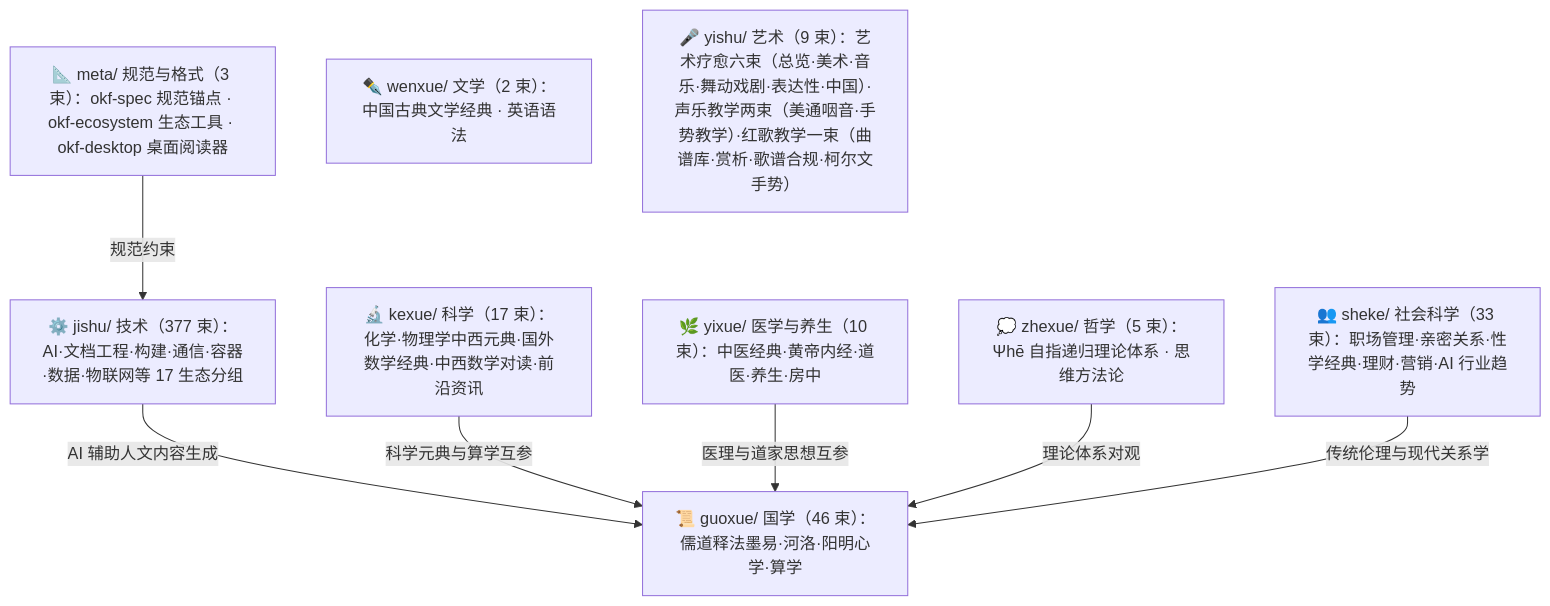
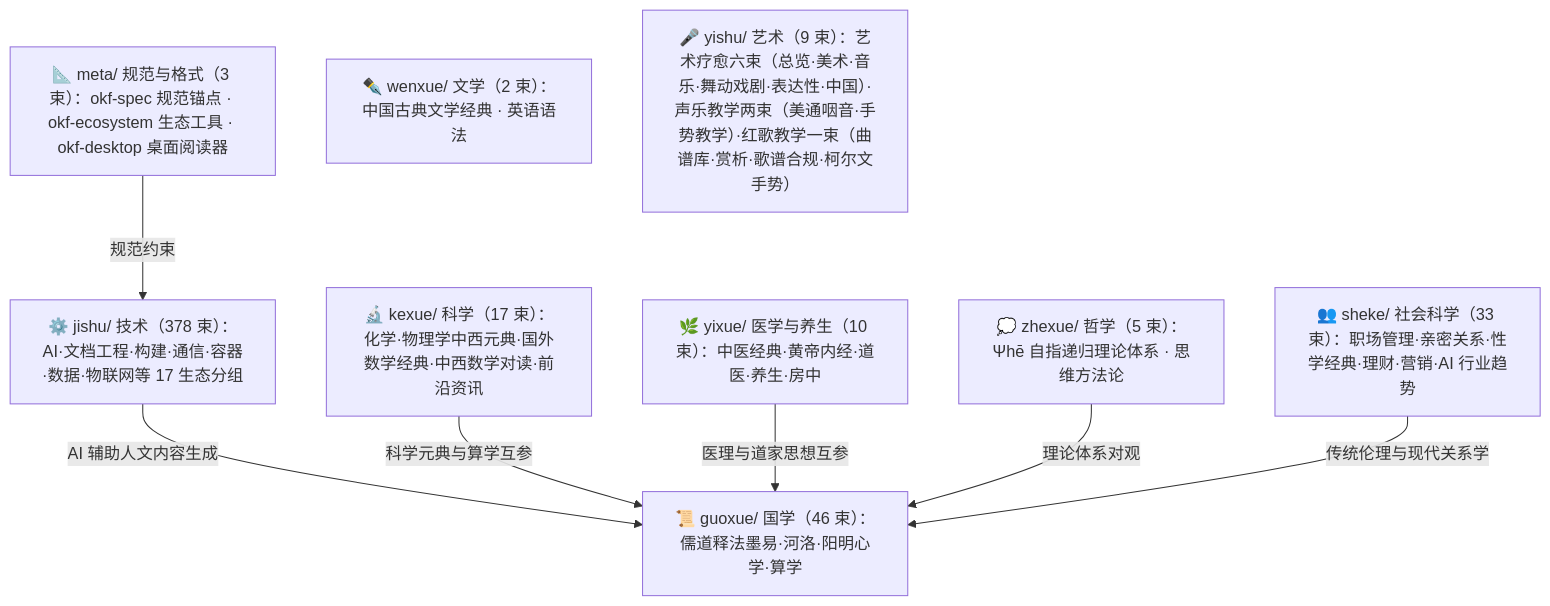
One commit to awesome-flexloop/awesome-okf changed the diagram in doc/bundles/index.md. Above: the diagram before and after it, drawn with Mermaid. The commit also changed other lines of this file and 18 other files, not shown here.

````diff
--- a/doc/bundles/index.md
+++ b/doc/bundles/index.md
@@ -21,18 +21,18 @@
 ```mermaid
 flowchart TD
     meta["📐 meta/ 规范与格式（3 束）：okf-spec 规范锚点 · okf-ecosystem 生态工具 · okf-desktop 桌面阅读器"]
     guoxue["📜 guoxue/ 国学（46 束）：儒道释法墨易·河洛·阳明心学·算学"]
     zhexue["💭 zhexue/ 哲学（5 束）：Ψhē 自指递归理论体系 · 思维方法论"]
     kexue["🔬 kexue/ 科学（17 束）：化学·物理学中西元典·国外数学经典·中西数学对读·前沿资讯"]
     wenxue["✒️ wenxue/ 文学（2 束）：中国古典文学经典 · 英语语法"]
     yixue["🌿 yixue/ 医学与养生（10 束）：中医经典·黄帝内经·道医·养生·房中"]
     sheke["👥 sheke/ 社会科学（33 束）：职场管理·亲密关系·性学经典·理财·营销·AI 行业趋势"]
     yishu["🎤 yishu/ 艺术（9 束）：艺术疗愈六束（总览·美术·音乐·舞动戏剧·表达性·中国）·声乐教学两束（美通咽音·手势教学）·红歌教学一束（曲谱库·赏析·歌谱合规·柯尔文手势）"]
-    jishu["⚙️ jishu/ 技术（377 束）：AI·文档工程·构建·通信·容器·数据·物联网等 17 生态分组"]
+    jishu["⚙️ jishu/ 技术（378 束）：AI·文档工程·构建·通信·容器·数据·物联网等 17 生态分组"]
     meta -->|"规范约束"| jishu
     jishu -->|"AI 辅助人文内容生成"| guoxue
     kexue -->|"科学元典与算学互参"| guoxue
     yixue -->|"医理与道家思想互参"| guoxue
     zhexue -->|"理论体系对观"| guoxue
     sheke -->|"传统伦理与现代关系学"| guoxue
 ```
````
